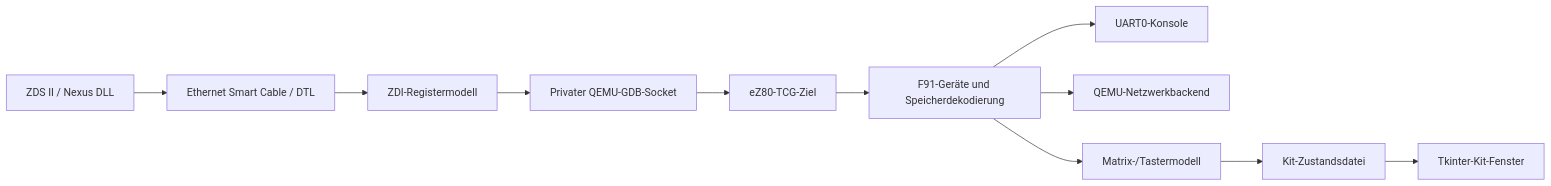
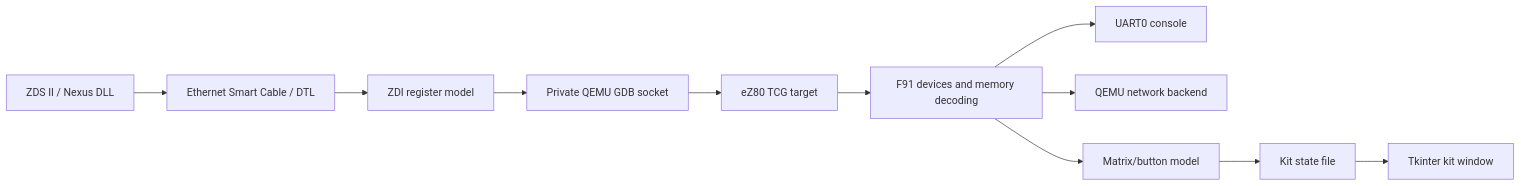
The diagram in docs/architecture.md (notwendig/qemuez80f91), drawn with Mermaid before and after one commit. The commit also changed other lines of this file and 66 other files, not shown here.

````diff
--- a/docs/architecture.md
+++ b/docs/architecture.md
@@ -5,13 +5,13 @@
 ```mermaid
 flowchart LR
   ZDS[ZDS II / Nexus DLL] --> Cable[Ethernet Smart Cable / DTL]
-  Cable --> ZDI[ZDI-Registermodell]
-  ZDI --> GDB[Privater QEMU-GDB-Socket]
-  GDB --> CPU[eZ80-TCG-Ziel]
-  CPU --> SoC[F91-Geräte und Speicherdekodierung]
-  SoC --> UART[UART0-Konsole]
-  SoC --> NIC[QEMU-Netzwerkbackend]
-  SoC --> Kit[Matrix-/Tastermodell]
-  Kit --> JSON[Kit-Zustandsdatei]
-  JSON --> GUI[Tkinter-Kit-Fenster]
+  Cable --> ZDI[ZDI register model]
+  ZDI --> GDB[Private QEMU GDB socket]
+  GDB --> CPU[eZ80 TCG target]
+  CPU --> SoC[F91 devices and memory decoding]
+  SoC --> UART[UART0 console]
+  SoC --> NIC[QEMU network backend]
+  SoC --> Kit[Matrix/button model]
+  Kit --> JSON[Kit state file]
+  JSON --> GUI[Tkinter kit window]
 ```
````
